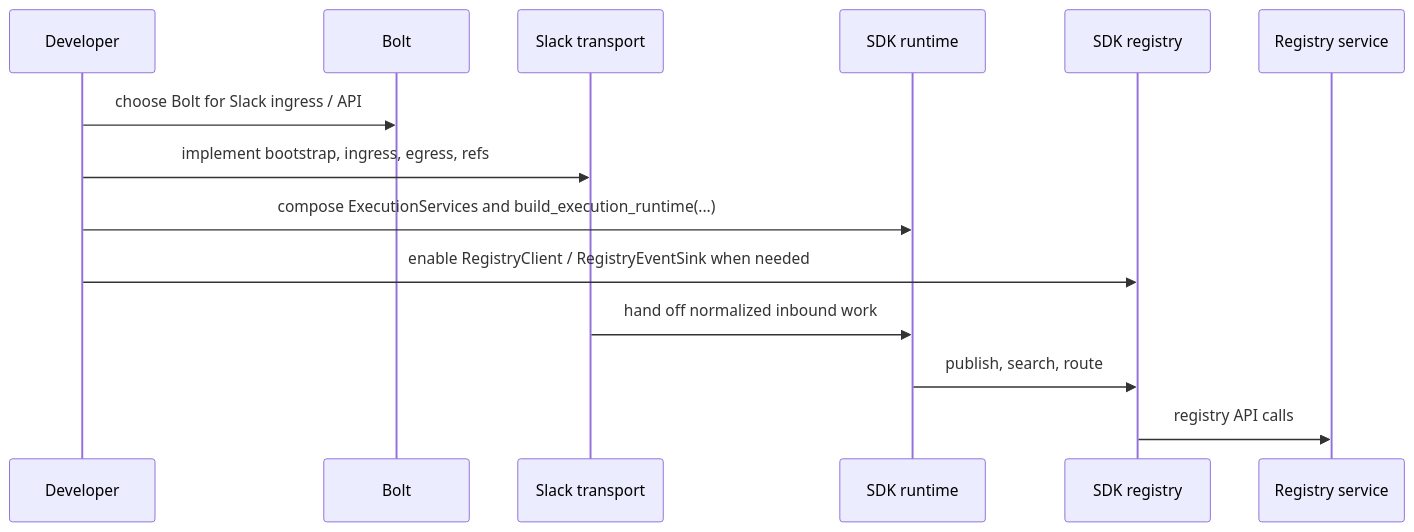
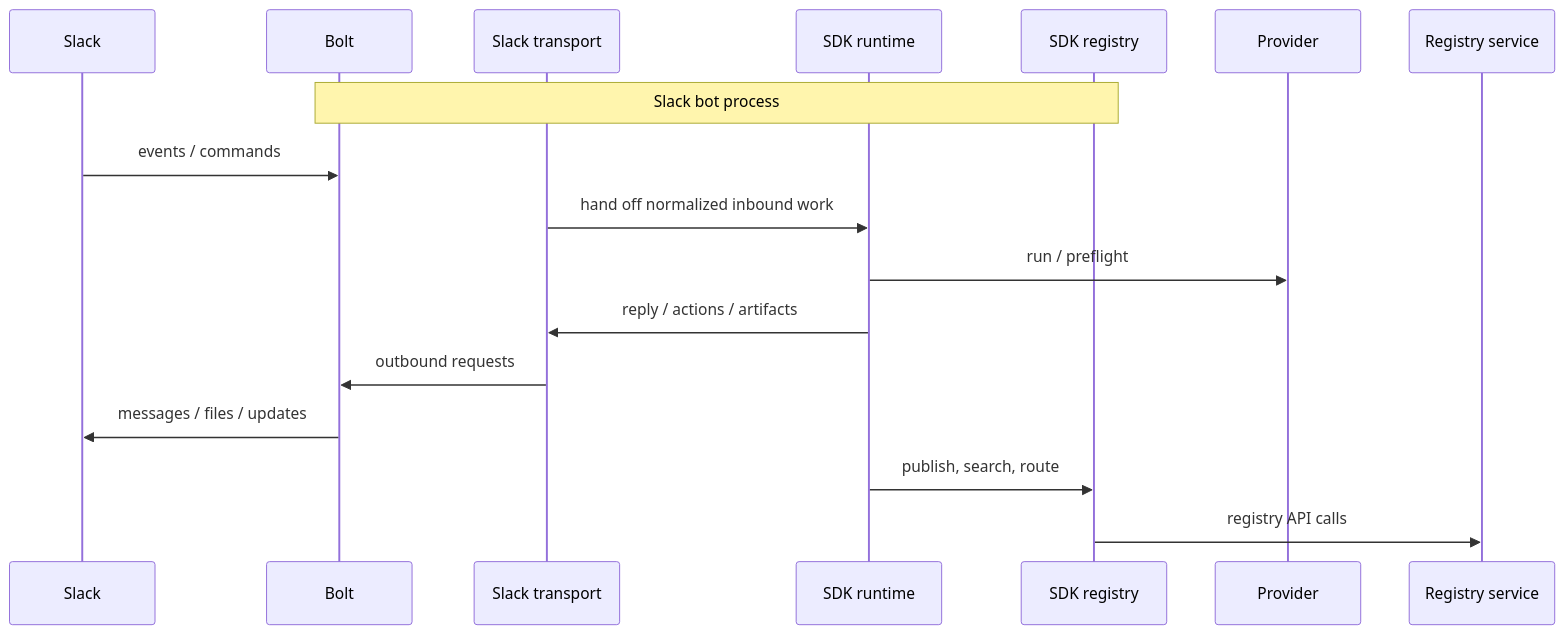
Before and after one commit to privacynow/octopus: the fourth of 7 diagrams in ARCHITECTURE.md, drawn with Mermaid. The commit also changed other lines of this file, not shown here.

Commit message:
arch update

````diff
--- a/ARCHITECTURE.md
+++ b/ARCHITECTURE.md
@@ -236,17 +236,20 @@
 ```mermaid
 sequenceDiagram
-    participant Dev as Developer
+    participant S as Slack
     participant Bolt as Bolt
     participant Transport as Slack transport
     participant Runtime as SDK runtime
     participant RegistrySdk as SDK registry
+    participant Provider as Provider
     participant Registry as Registry service
 
-    Dev->>Bolt: choose Bolt for Slack ingress / API
-    Dev->>Transport: implement bootstrap, ingress, egress, refs
-    Dev->>Runtime: compose ExecutionServices and build_execution_runtime(...)
-    Dev->>RegistrySdk: enable RegistryClient / RegistryEventSink when needed
+    Note over Bolt,RegistrySdk: Slack bot process
+    S->>Bolt: events / commands
     Transport->>Runtime: hand off normalized inbound work
+    Runtime->>Provider: run / preflight
+    Runtime->>Transport: reply / actions / artifacts
+    Transport->>Bolt: outbound requests
+    Bolt->>S: messages / files / updates
     Runtime->>RegistrySdk: publish, search, route
     RegistrySdk->>Registry: registry API calls
 ```
````
